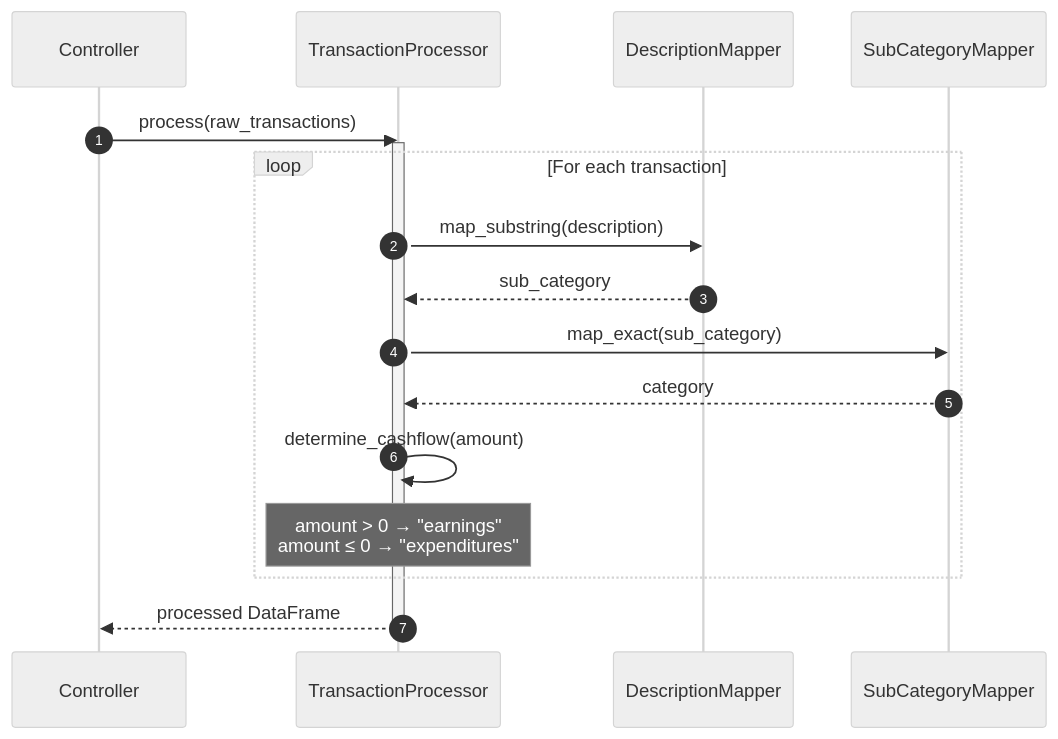
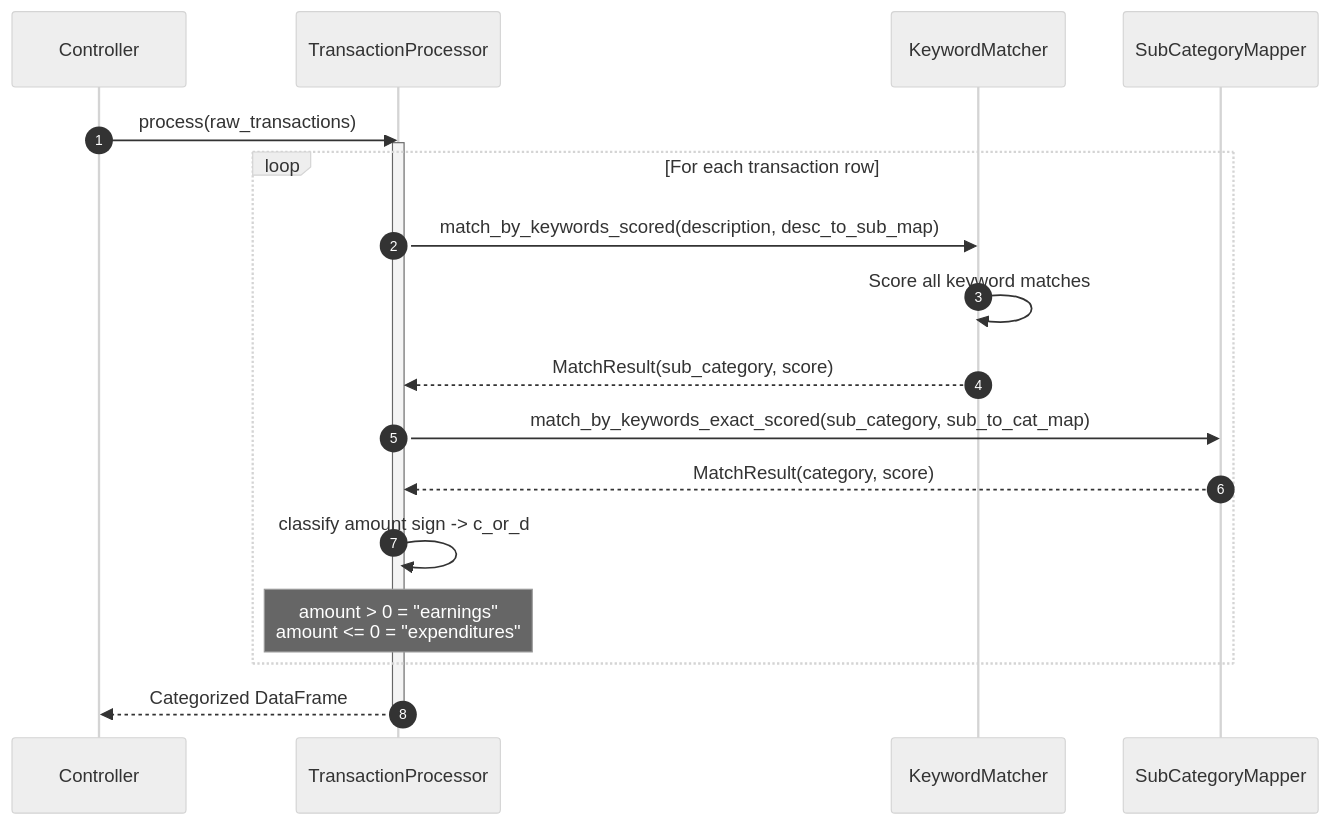
Before and after one commit to Harvest-Forged-Code/Analyser: the fifth of 26 diagrams in docs/LLD.md, drawn with Mermaid (neutral theme). The commit also changed other lines of this file and 129 other files, not shown here.

````diff
--- a/docs/LLD.md
+++ b/docs/LLD.md
@@ -501,25 +783,26 @@
 ```mermaid
 sequenceDiagram
     autonumber
     participant C as Controller
     participant TP as TransactionProcessor
-    participant DM as DescriptionMapper
+    participant KM as KeywordMatcher
     participant SM as SubCategoryMapper
 
     C->>TP: process(raw_transactions)
     activate TP
 
-    loop For each transaction
-        TP->>DM: map_substring(description)
-        DM-->>TP: sub_category
+    loop For each transaction row
+        TP->>KM: match_by_keywords_scored(description, desc_to_sub_map)
+        KM->>KM: Score all keyword matches
+        KM-->>TP: MatchResult(sub_category, score)
 
-        TP->>SM: map_exact(sub_category)
-        SM-->>TP: category
+        TP->>SM: match_by_keywords_exact_scored(sub_category, sub_to_cat_map)
+        SM-->>TP: MatchResult(category, score)
 
-        TP->>TP: determine_cashflow(amount)
-        Note over TP: amount > 0 → "earnings"<br/>amount ≤ 0 → "expenditures"
+        TP->>TP: classify amount sign -> c_or_d
+        Note over TP: amount > 0 = "earnings"<br/>amount <= 0 = "expenditures"
     end
 
-    TP-->>C: processed DataFrame
+    TP-->>C: Categorized DataFrame
     deactivate TP
 ```
````
